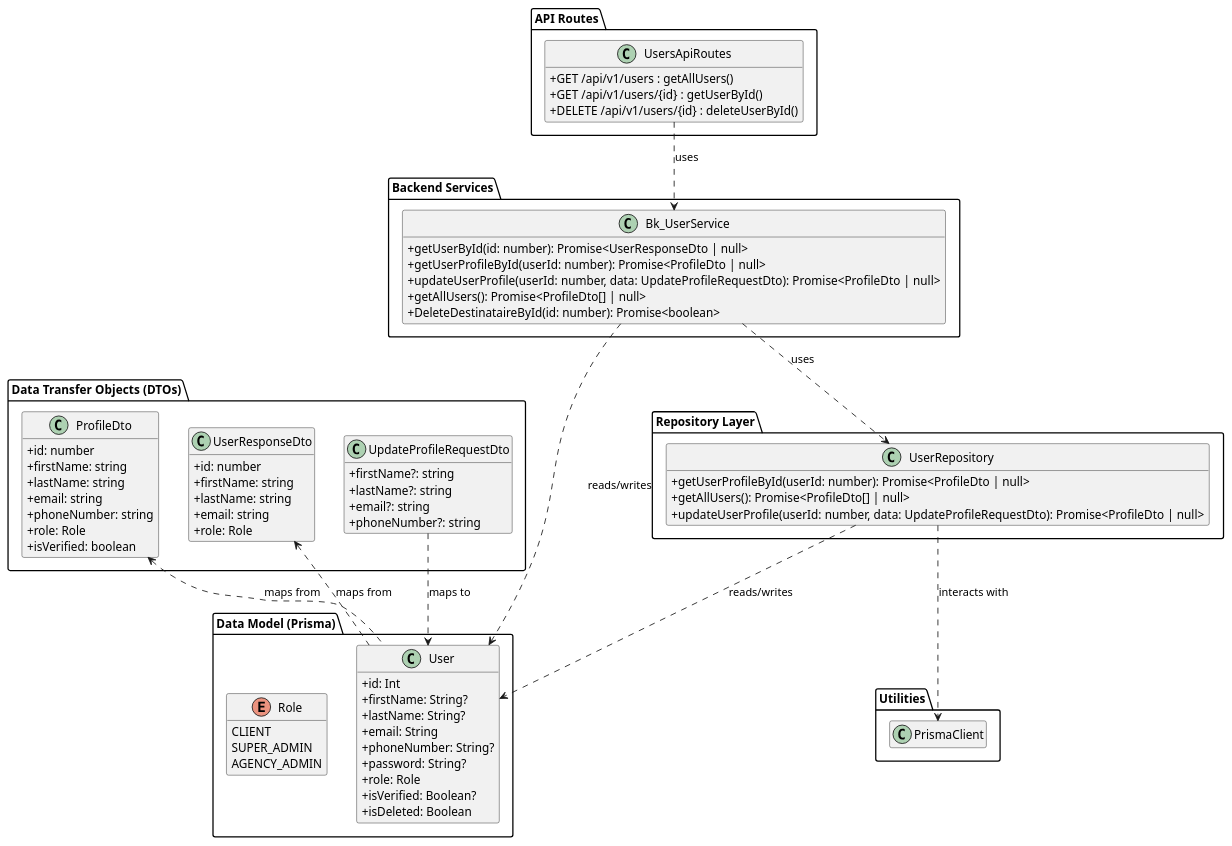
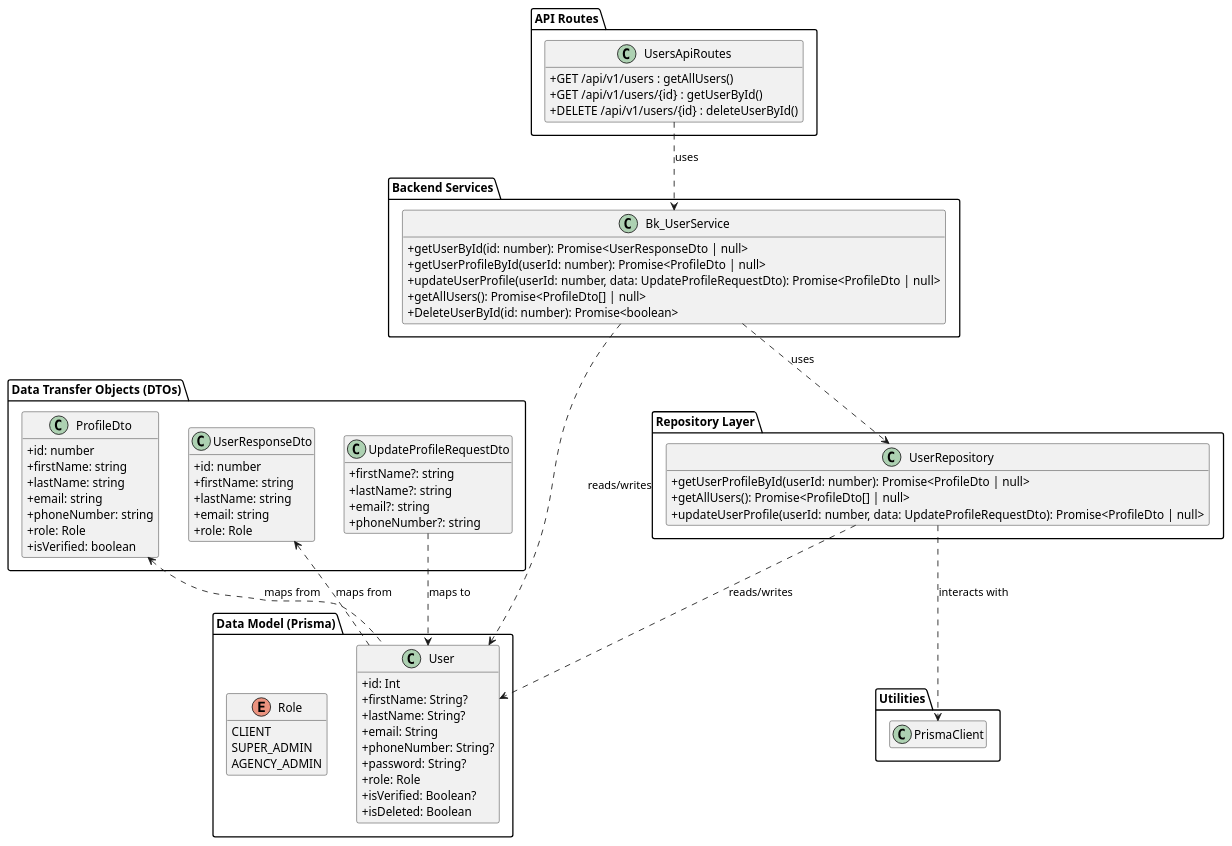
The diagram in analyses/UML/class_diagram_user_profile_crud_domain.puml (Bentouhami/vercel-colis-app-nextjs), drawn with PlantUML before and after one commit. The commit also changed 18 other files, not shown here.

Commit message:
feat: update user management flows

```diff
--- a/analyses/UML/class_diagram_user_profile_crud_domain.puml
+++ b/analyses/UML/class_diagram_user_profile_crud_domain.puml
@@ -1,106 +1,106 @@
 @startuml
   ' Diagramme de Classe pour le sous-domaine: Gestion du profil utilisateur et CRUD de base
 
   skinparam classAttributeIconSize 0
   hide empty members
 
   package "Data Model (Prisma)" {
       class User {
           + id: Int
           + firstName: String?
           + lastName: String?
           + email: String
           + phoneNumber: String?
           + password: String?
           + role: Role
           + isVerified: Boolean?
           + isDeleted: Boolean
           ' ... other relevant attributes for profile
       }
 
       enum Role {
           CLIENT
           SUPER_ADMIN
           AGENCY_ADMIN
           ' ... other roles
       }
   }
 
   package "Data Transfer Objects (DTOs)" {
       class ProfileDto {
           + id: number
           + firstName: string
           + lastName: string
           + email: string
           + phoneNumber: string
           + role: Role
           + isVerified: boolean
           ' ... other profile attributes
       }
 
       class UserResponseDto {
           + id: number
           + firstName: string
           + lastName: string
           + email: string
           + role: Role
           ' ... other user response attributes
       }
 
       class UpdateProfileRequestDto {
           + firstName?: string
           + lastName?: string
           + email?: string
           + phoneNumber?: string
           ' ... other updatable profile attributes
       }
   }
 
   package "Backend Services" {
       class Bk_UserService {
           + getUserById(id: number): Promise<UserResponseDto | null>
           + getUserProfileById(userId: number): Promise<ProfileDto | null>
           + updateUserProfile(userId: number, data: UpdateProfileRequestDto): Promise<ProfileDto | null>
           + getAllUsers(): Promise<ProfileDto[] | null>
-          + DeleteDestinataireById(id: number): Promise<boolean>
+          + DeleteUserById(id: number): Promise<boolean>
           ' ... other relevant CRUD methods
       }
   }
 
   package "Repository Layer" {
       class UserRepository {
           + getUserProfileById(userId: number): Promise<ProfileDto | null>
           + getAllUsers(): Promise<ProfileDto[] | null>
           + updateUserProfile(userId: number, data: UpdateProfileRequestDto): Promise<ProfileDto | null>
           ' ... other relevant CRUD methods
       }
   }
 
   package "API Routes" {
       class UsersApiRoutes {
           + GET /api/v1/users : getAllUsers()
           + GET /api/v1/users/{id} : getUserById()
           + DELETE /api/v1/users/{id} : deleteUserById()
           ' ... other relevant API routes
       }
   }
 
   package "Utilities" {
       class PrismaClient {
           ' Represents the Prisma ORM client
       }
   }
 
   ' Relationships
   UsersApiRoutes ..> Bk_UserService : uses
   Bk_UserService ..> UserRepository : uses
   UserRepository ..> PrismaClient : interacts with
   UserRepository ..> User : reads/writes
 
   Bk_UserService ..> User : reads/writes
 
   ProfileDto <.. User : maps from
   UserResponseDto <.. User : maps from
   UpdateProfileRequestDto ..> User : maps to
 
   @enduml
```
